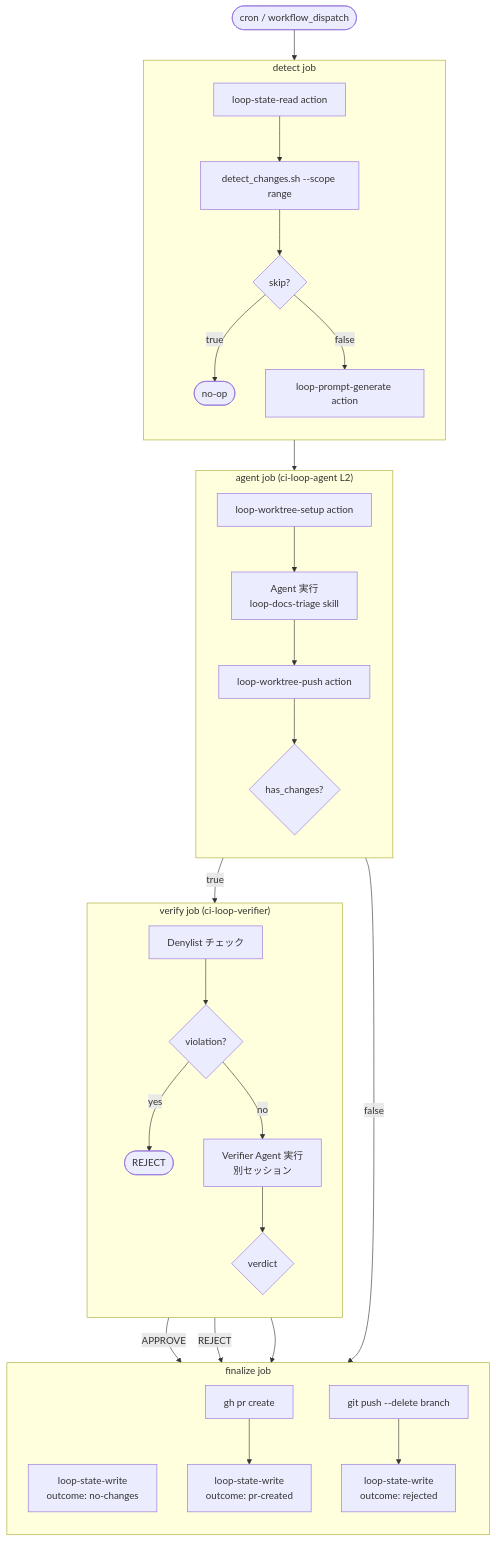
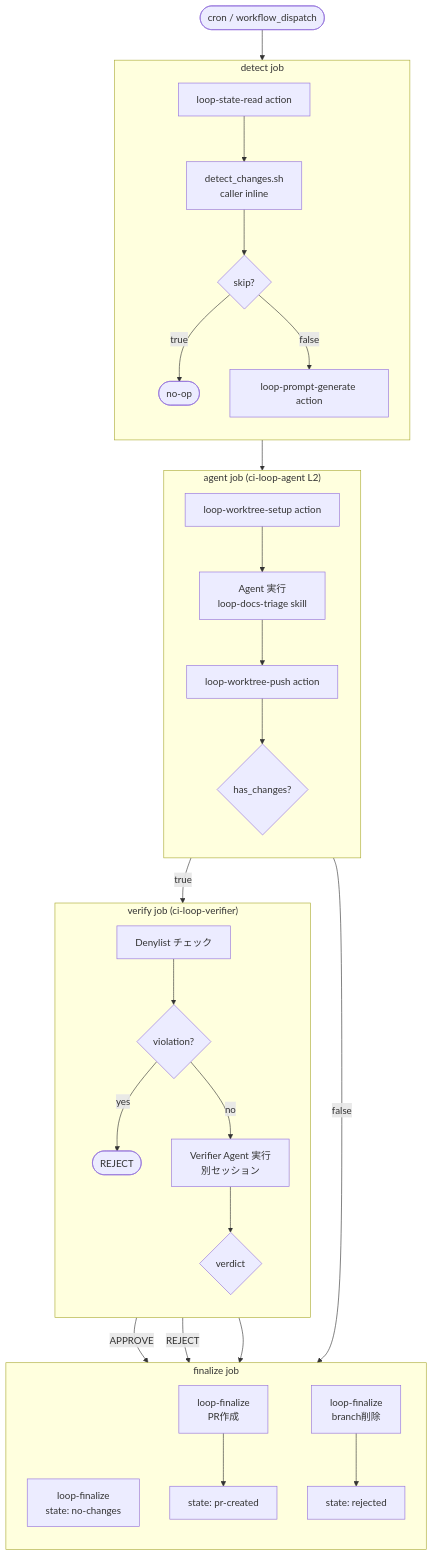
Before and after one commit to y-miyazaki/config: the first of 2 diagrams in docs/reference/loop-package-design.md, drawn with Mermaid. The commit also changed other lines of this file and 1 other file, not shown here.

````diff
--- a/docs/reference/loop-package-design.md
+++ b/docs/reference/loop-package-design.md
@@ -153,46 +128,46 @@
 ```mermaid
 flowchart TD
     %% Trigger
     trigger([cron / workflow_dispatch]) --> detect
 
     %% Detect Job
     subgraph detect["detect job"]
         direction TB
-        D1[loop-state-read action] --> D2[detect_changes.sh --scope range]
+        D1[loop-state-read action] --> D2[detect_changes.sh<br/>caller inline]
         D2 --> D3{skip?}
         D3 -->|true| D_END([no-op])
         D3 -->|false| D4[loop-prompt-generate action]
     end
 
     %% Agent Job
     D4 --> agent
     subgraph agent["agent job (ci-loop-agent L2)"]
         direction TB
         A1[loop-worktree-setup action] --> A2[Agent 実行<br/>loop-docs-triage skill]
         A2 --> A3[loop-worktree-push action]
         A3 --> A4{has_changes?}
     end
 
     %% Verify Job
     A4 -->|true| verify
     A4 -->|false| finalize_no
     subgraph verify["verify job (ci-loop-verifier)"]
         direction TB
         V1[Denylist チェック] --> V2{violation?}
         V2 -->|yes| V_REJECT([REJECT])
         V2 -->|no| V3[Verifier Agent 実行<br/>別セッション]
         V3 --> V4{verdict}
     end
 
     %% Finalize Job
     V4 -->|APPROVE| finalize_approve
     V4 -->|REJECT| finalize_reject
     V_REJECT --> finalize_reject
 
     subgraph finalize["finalize job"]
         direction TB
-        finalize_approve[gh pr create] --> F_STATE[loop-state-write<br/>outcome: pr-created]
-        finalize_reject[git push --delete branch] --> F_STATE2[loop-state-write<br/>outcome: rejected]
-        finalize_no[loop-state-write<br/>outcome: no-changes]
+        finalize_approve[loop-finalize<br/>PR作成] --> F_STATE[state: pr-created]
+        finalize_reject[loop-finalize<br/>branch削除] --> F_STATE2[state: rejected]
+        finalize_no[loop-finalize<br/>state: no-changes]
     end
 ```
````
